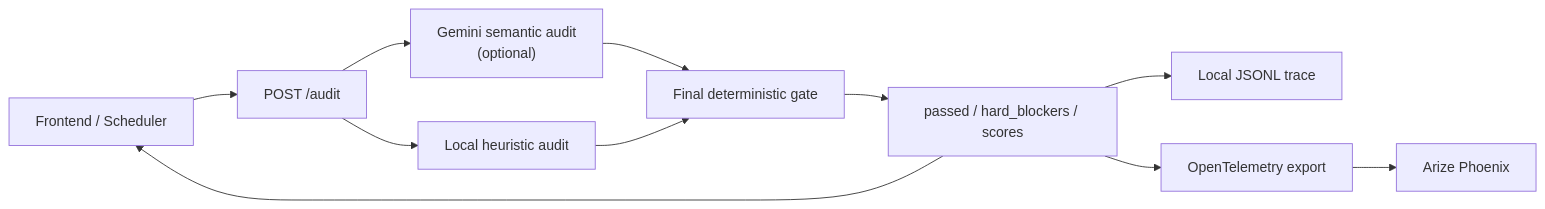
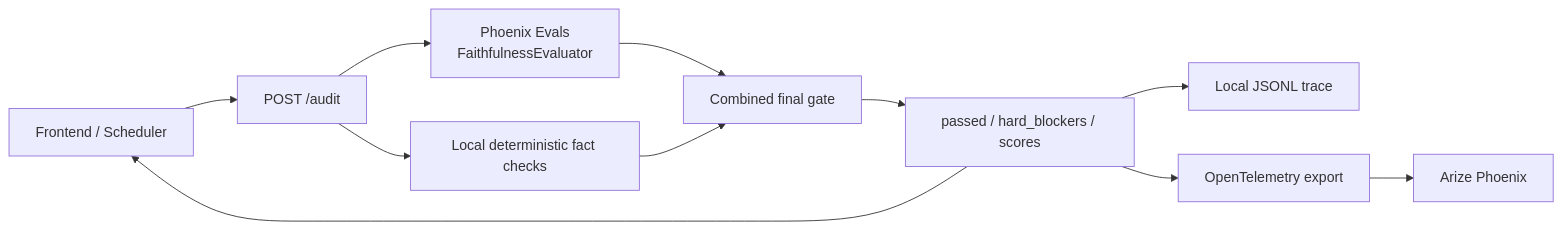
The diagram in job-hunting-agent/docs/arize_phoenix_audit_guide.md (Ivanyifan/jobs-hunter), drawn with Mermaid before and after one commit. The commit also changed other lines of this file and 6 other files, not shown here.

Commit message:
feat(arize): use Phoenix Evals as resume judge

````diff
--- a/job-hunting-agent/docs/arize_phoenix_audit_guide.md
+++ b/job-hunting-agent/docs/arize_phoenix_audit_guide.md
@@ -21,13 +21,13 @@
 ```mermaid
 flowchart LR
     Caller["Frontend / Scheduler"] --> Audit["POST /audit"]
-    Audit --> LLM["Gemini semantic audit<br/>(optional)"]
-    Audit --> Local["Local heuristic audit"]
-    LLM --> Gate["Final deterministic gate"]
+    Audit --> LLM["Phoenix Evals<br/>FaithfulnessEvaluator"]
+    Audit --> Local["Local deterministic fact checks"]
+    LLM --> Gate["Combined final gate"]
     Local --> Gate
     Gate --> Result["passed / hard_blockers / scores"]
     Result --> Caller
     Result --> JSONL["Local JSONL trace"]
     Result --> OTLP["OpenTelemetry export"]
     OTLP --> Phoenix["Arize Phoenix"]
 ```
````
